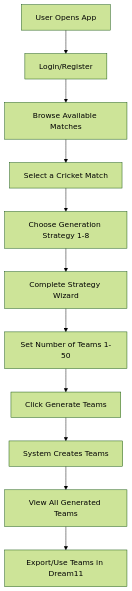
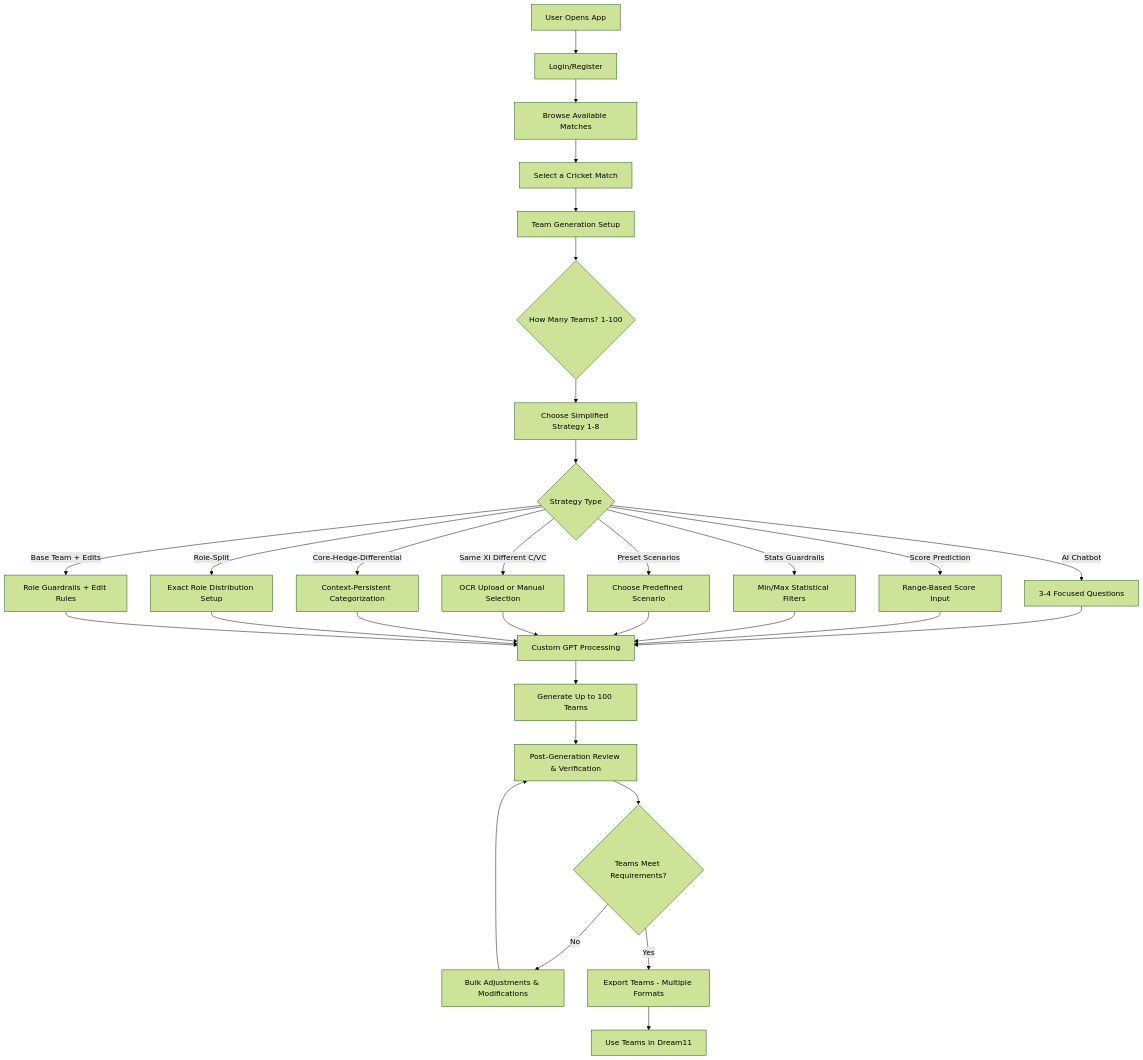
The first of 2 diagrams in COMPLETE_PROJECT_WORKFLOW.md (AI-Intern2025/dream11_multiteam_creation), drawn with Mermaid (forest theme) before and after one commit. The commit also changed other lines of this file and 105 other files, not shown here.

First line of the commit message:
feat: Complete Dream11 UI redesign and database authentication integration

````diff
--- a/COMPLETE_PROJECT_WORKFLOW.md
+++ b/COMPLETE_PROJECT_WORKFLOW.md
@@ -30,13 +33,33 @@
 ```mermaid
 flowchart TD
     A[User Opens App] --> B[Login/Register]
     B --> C[Browse Available Matches]
     C --> D[Select a Cricket Match]
-    D --> E[Choose Generation Strategy 1-8]
-    E --> F[Complete Strategy Wizard]
-    F --> G[Set Number of Teams 1-50]
-    G --> H[Click Generate Teams]
-    H --> I[System Creates Teams]
-    I --> J[View All Generated Teams]
-    J --> K[Export/Use Teams in Dream11]
+    D --> E[Team Generation Setup]
+    E --> F{How Many Teams? 1-100}
+    F --> G[Choose Simplified Strategy 1-8]
+    G --> H{Strategy Type}
+    H -->|AI Chatbot| I[3-4 Focused Questions]
+    H -->|Score Prediction| J[Range-Based Score Input]
+    H -->|Stats Guardrails| K[Min/Max Statistical Filters]
+    H -->|Preset Scenarios| L[Choose Predefined Scenario]
+    H -->|Same XI Different C/VC| M[OCR Upload or Manual Selection]
+    H -->|Core-Hedge-Differential| N[Context-Persistent Categorization]
+    H -->|Role-Split| O[Exact Role Distribution Setup]
+    H -->|Base Team + Edits| P[Role Guardrails + Edit Rules]
+    I --> Q[Custom GPT Processing]
+    J --> Q
+    K --> Q
+    L --> Q
+    M --> Q
+    N --> Q
+    O --> Q
+    P --> Q
+    Q --> R[Generate Up to 100 Teams]
+    R --> S[Post-Generation Review & Verification]
+    S --> T{Teams Meet Requirements?}
+    T -->|No| U[Bulk Adjustments & Modifications]
+    U --> S
+    T -->|Yes| V[Export Teams - Multiple Formats]
+    V --> W[Use Teams in Dream11]
 ```
````
